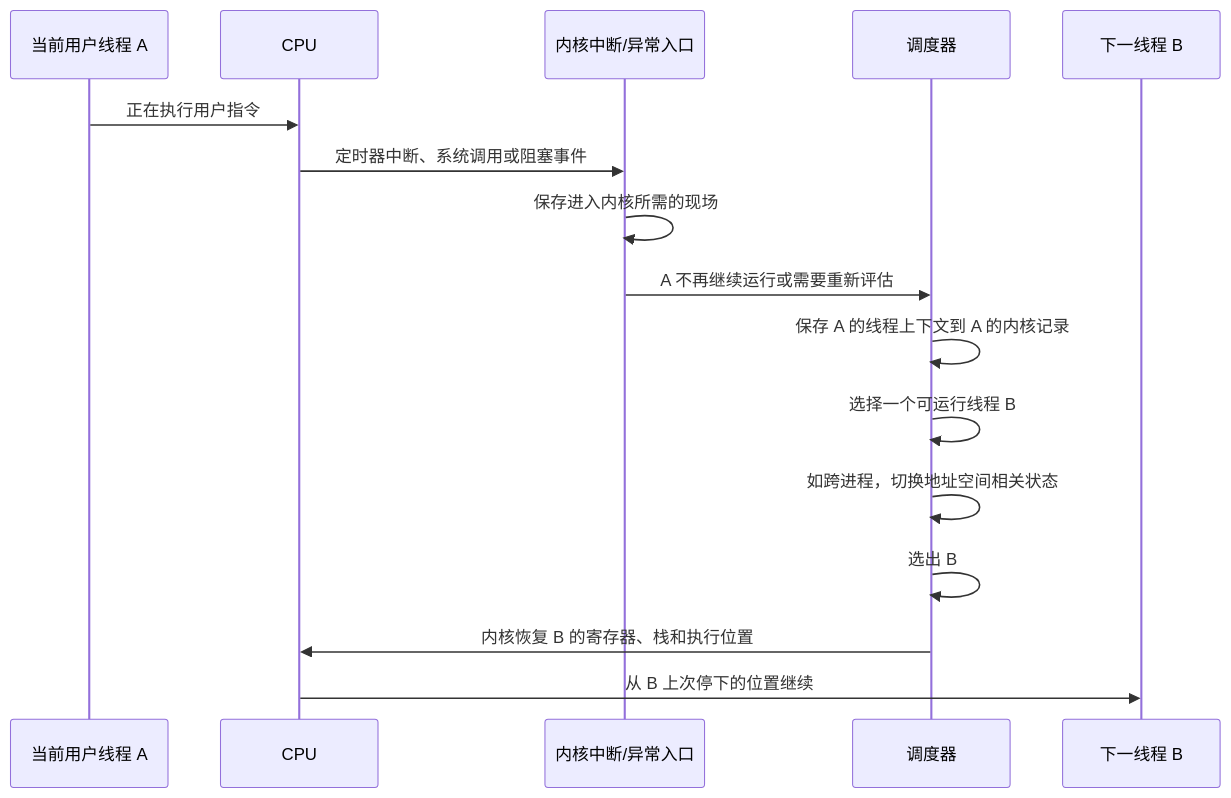
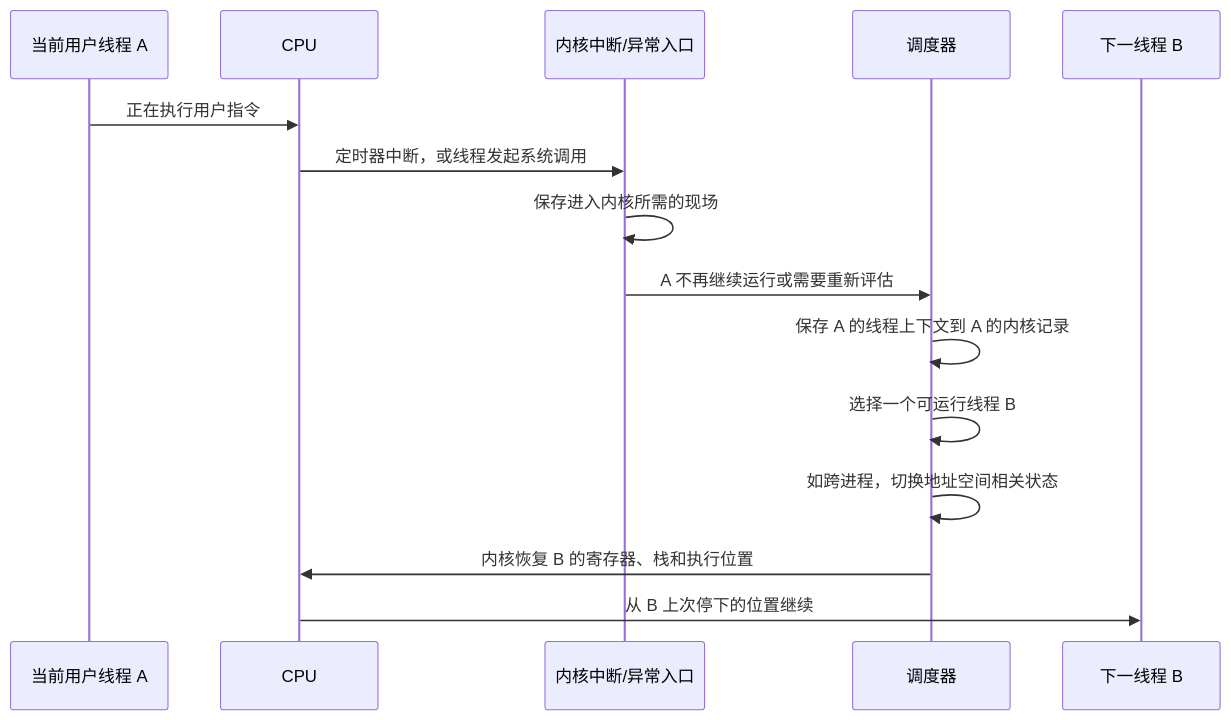
The seventh of 12 diagrams in docs/02-cpu-context-registers-and-instructions.md (jiazhengfu912-lang/operating-Systems-Theory), drawn with Mermaid before and after one commit. The commit also changed other lines of this file and 12 other files, not shown here.

````diff
--- a/docs/02-cpu-context-registers-and-instructions.md
+++ b/docs/02-cpu-context-registers-and-instructions.md
@@ -330,19 +494,18 @@
 ```mermaid
 sequenceDiagram
     participant U as 当前用户线程 A
     participant CPU as CPU
     participant K as 内核中断/异常入口
     participant S as 调度器
     participant B as 下一线程 B
 
     U->>CPU: 正在执行用户指令
-    CPU->>K: 定时器中断、系统调用或阻塞事件
+    CPU->>K: 定时器中断，或线程发起系统调用
     K->>K: 保存进入内核所需的现场
     K->>S: A 不再继续运行或需要重新评估
     S->>S: 保存 A 的线程上下文到 A 的内核记录
     S->>S: 选择一个可运行线程 B
     S->>S: 如跨进程，切换地址空间相关状态
-    S->>S: 选出 B
     S->>CPU: 内核恢复 B 的寄存器、栈和执行位置
     CPU->>B: 从 B 上次停下的位置继续
 ```
````
